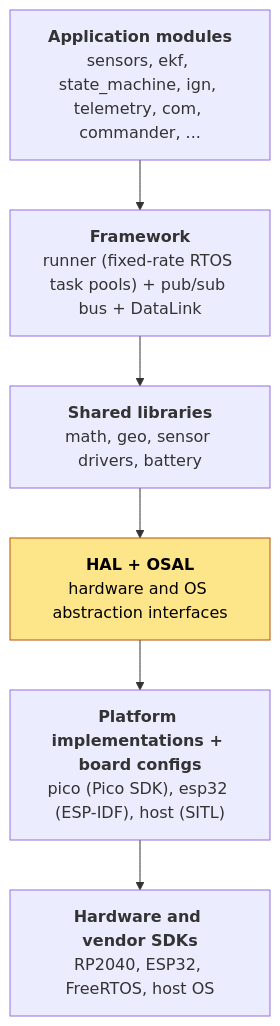
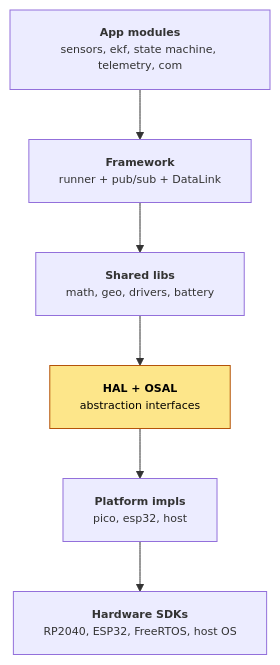
Before and after one commit to RocketScienceOfficial/rocket-codebase: the second of 2 diagrams in README.md, drawn with Mermaid. The commit also changed 1 other file, not shown here.

````diff
--- a/README.md
+++ b/README.md
@@ -75,14 +75,15 @@
 ```mermaid
+%%{init: {"themeVariables": {"fontSize": "11px", "edgeLabelFontSize": "9px", "nodeSpacing": 10, "rankSpacing": 10, "diagramPadding": 0}}}%%
 flowchart TB
-    APP["<b>Application modules</b><br/>sensors, ekf, state_machine, ign, telemetry, com, commander, ..."]
-    FW["<b>Framework</b><br/>runner (fixed-rate RTOS task pools) + pub/sub bus + DataLink"]
-    LIB["<b>Shared libraries</b><br/>math, geo, sensor drivers, battery"]
-    ABS["<b>HAL + OSAL</b><br/>hardware and OS abstraction interfaces"]
-    PLAT["<b>Platform implementations + board configs</b><br/>pico (Pico SDK), esp32 (ESP-IDF), host (SITL)"]
-    HW["<b>Hardware and vendor SDKs</b><br/>RP2040, ESP32, FreeRTOS, host OS"]
+  APP["<b>App modules</b><br/>sensors, ekf, state machine, telemetry, com"]
+  FW["<b>Framework</b><br/>runner + pub/sub + DataLink"]
+  LIB["<b>Shared libs</b><br/>math, geo, drivers, battery"]
+  ABS["<b>HAL + OSAL</b><br/>abstraction interfaces"]
+  PLAT["<b>Platform impls</b><br/>pico, esp32, host"]
+  HW["<b>Hardware SDKs</b><br/>RP2040, ESP32, FreeRTOS, host OS"]
 
     APP --> FW --> LIB --> ABS --> PLAT --> HW
 
     classDef boundary fill:#fde68a,stroke:#b45309,color:#000;
     class ABS boundary;
 ```
````
